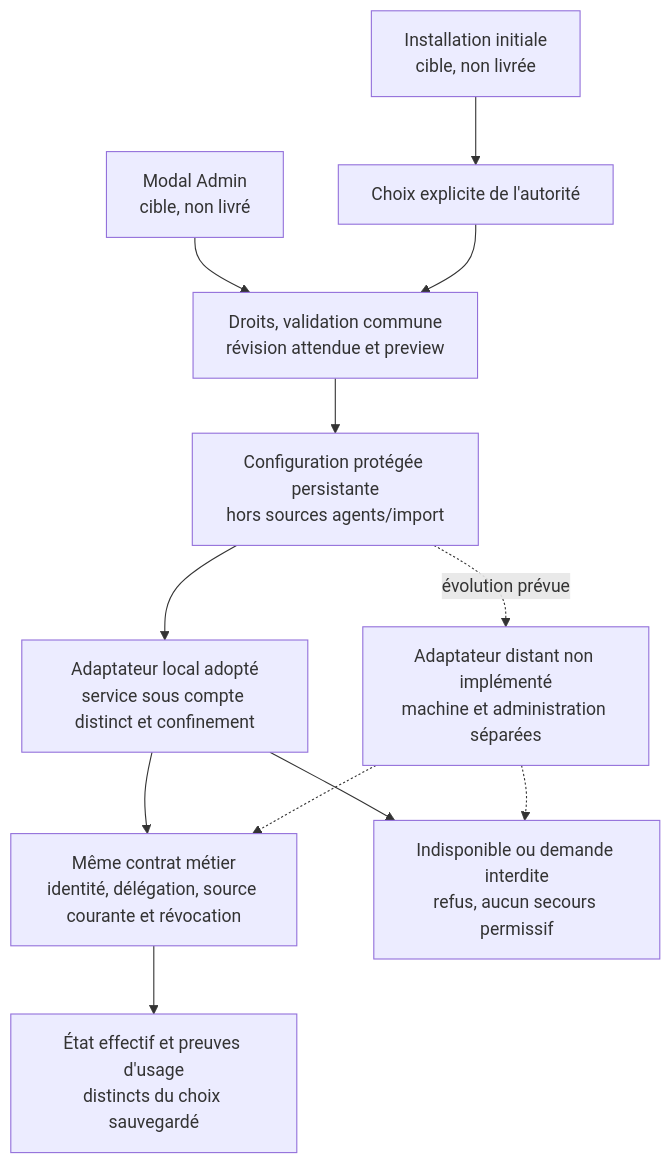
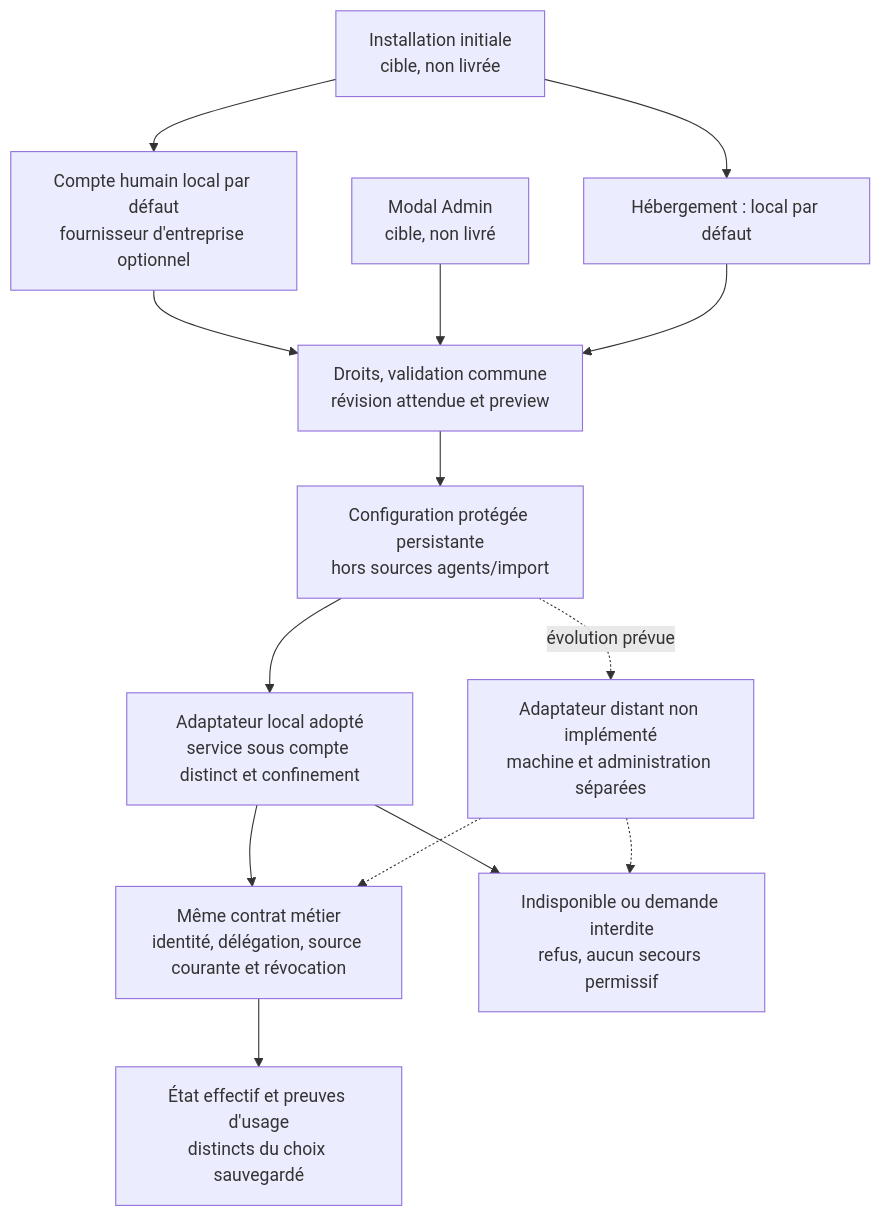
The second of 2 diagrams in docs/plans/actions-confiance/identites-agents-enrolement-IA3c2.md (mo0ogly/swarm), drawn with Mermaid before and after one commit. The commit also changed other lines of this file and 1350 other files, not shown here.

````diff
--- a/docs/plans/actions-confiance/identites-agents-enrolement-IA3c2.md
+++ b/docs/plans/actions-confiance/identites-agents-enrolement-IA3c2.md
@@ -166,14 +260,16 @@
 ```mermaid
 flowchart TD
-  I["Installation initiale<br/>cible, non livrée"] --> C["Choix explicite de l'autorité"]
+  I["Installation initiale<br/>cible, non livrée"] --> C["Hébergement : local par défaut"]
+  I --> H["Compte humain local par défaut<br/>fournisseur d'entreprise optionnel"]
+  H --> V
   A["Modal Admin<br/>cible, non livré"] --> V["Droits, validation commune<br/>révision attendue et preview"]
   C --> V
   V --> S["Configuration protégée persistante<br/>hors sources agents/import"]
   S --> L["Adaptateur local adopté<br/>service sous compte distinct et confinement"]
   S -. "évolution prévue" .-> R["Adaptateur distant non implémenté<br/>machine et administration séparées"]
   L --> K["Même contrat métier<br/>identité, délégation, source courante et révocation"]
   R -.-> K
   K --> E["État effectif et preuves d'usage<br/>distincts du choix sauvegardé"]
   L --> F["Indisponible ou demande interdite<br/>refus, aucun secours permissif"]
   R -.-> F
 ```
````
